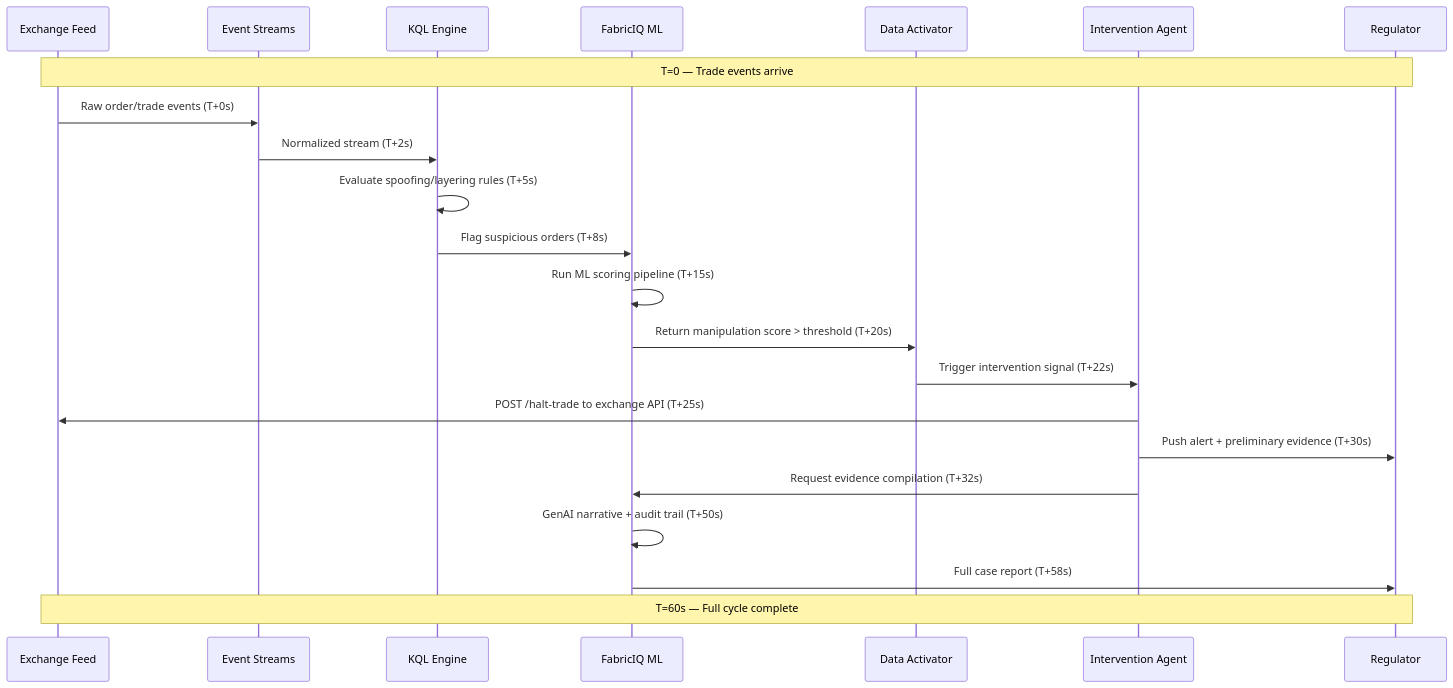
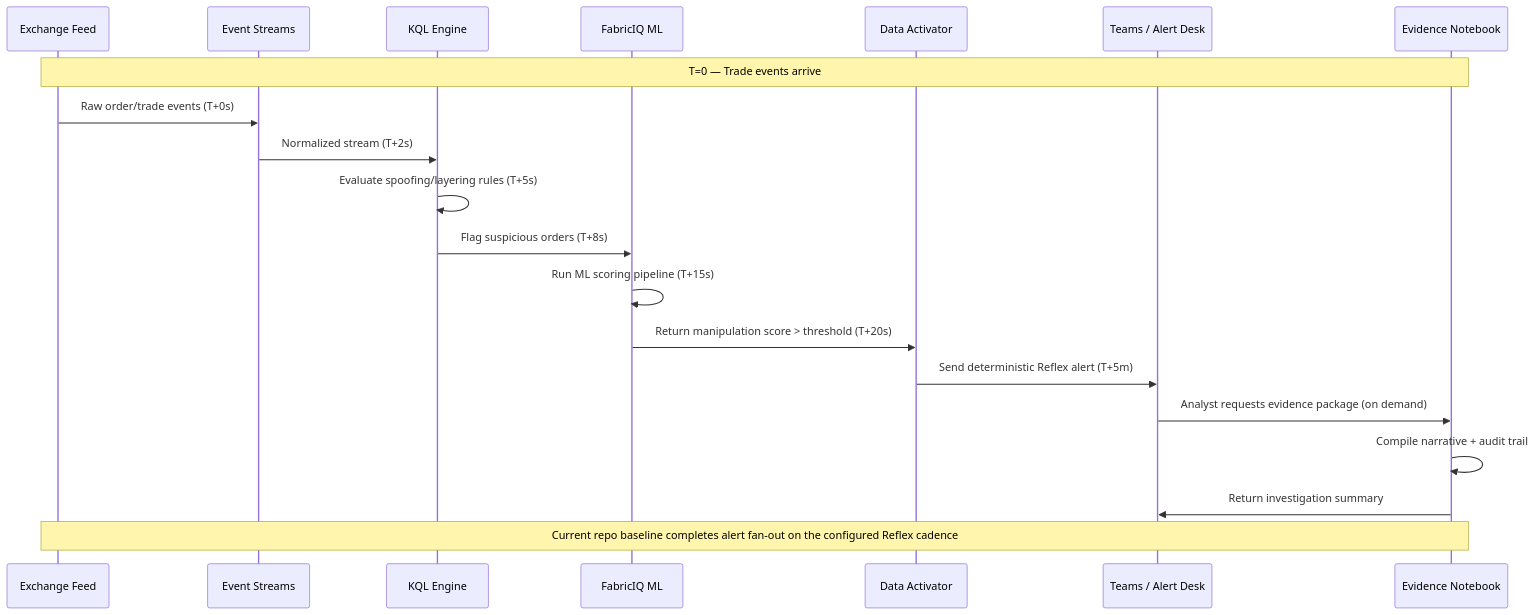
The second of 7 diagrams in docs/architecture-whitepaper.md (prwani/market-surveillance), drawn with Mermaid before and after one commit. The commit also changed other lines of this file and 16 other files, not shown here.

````diff
--- a/docs/architecture-whitepaper.md
+++ b/docs/architecture-whitepaper.md
@@ -253,27 +253,25 @@
 ```mermaid
 sequenceDiagram
     participant E as Exchange Feed
     participant ES as Event Streams
     participant KQL as KQL Engine
     participant ML as FabricIQ ML
     participant ACT as Data Activator
-    participant IA as Intervention Agent
-    participant REG as Regulator
+    participant TEAMS as Teams / Alert Desk
+    participant NB as Evidence Notebook
 
-    Note over E,REG: T=0 — Trade events arrive
+    Note over E,NB: T=0 — Trade events arrive
 
     E->>ES: Raw order/trade events (T+0s)
     ES->>KQL: Normalized stream (T+2s)
     KQL->>KQL: Evaluate spoofing/layering rules (T+5s)
     KQL->>ML: Flag suspicious orders (T+8s)
     ML->>ML: Run ML scoring pipeline (T+15s)
     ML->>ACT: Return manipulation score > threshold (T+20s)
-    ACT->>IA: Trigger intervention signal (T+22s)
-    IA->>E: POST /halt-trade to exchange API (T+25s)
-    IA->>REG: Push alert + preliminary evidence (T+30s)
-    IA->>ML: Request evidence compilation (T+32s)
-    ML->>ML: GenAI narrative + audit trail (T+50s)
-    ML->>REG: Full case report (T+58s)
+    ACT->>TEAMS: Send deterministic Reflex alert (T+5m)
+    TEAMS->>NB: Analyst requests evidence package (on demand)
+    NB->>NB: Compile narrative + audit trail
+    NB->>TEAMS: Return investigation summary
 
-    Note over E,REG: T=60s — Full cycle complete
+    Note over E,NB: Current repo baseline completes alert fan-out on the configured Reflex cadence
 ```
````
